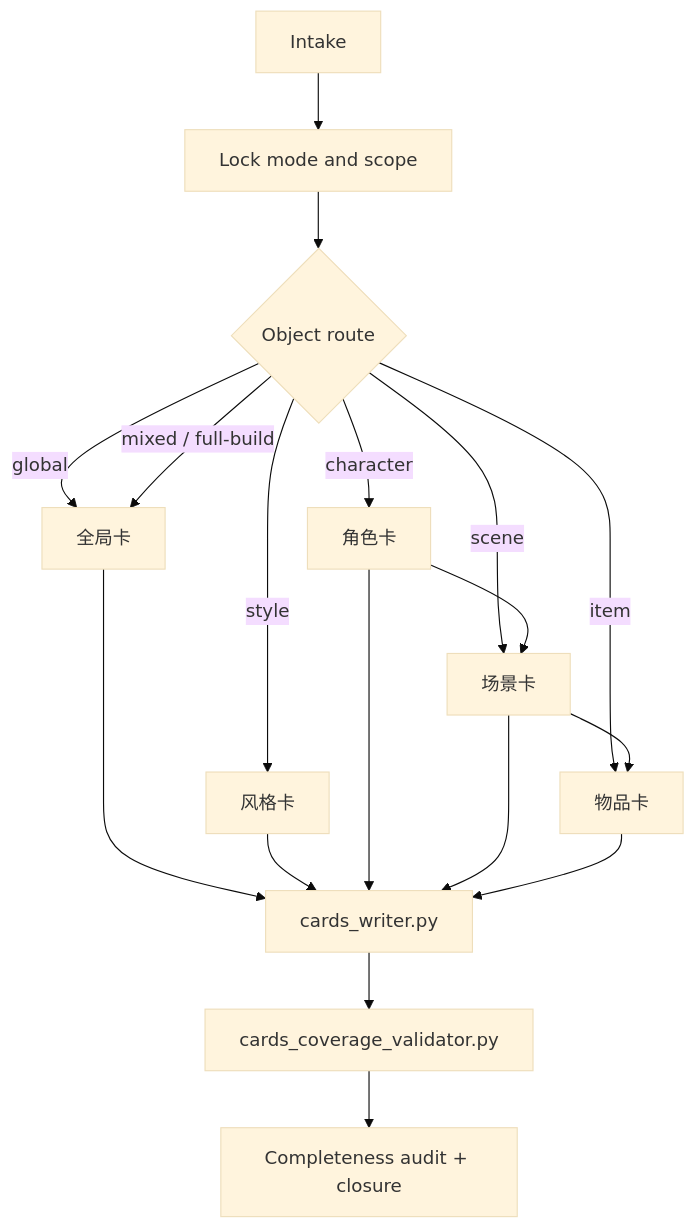
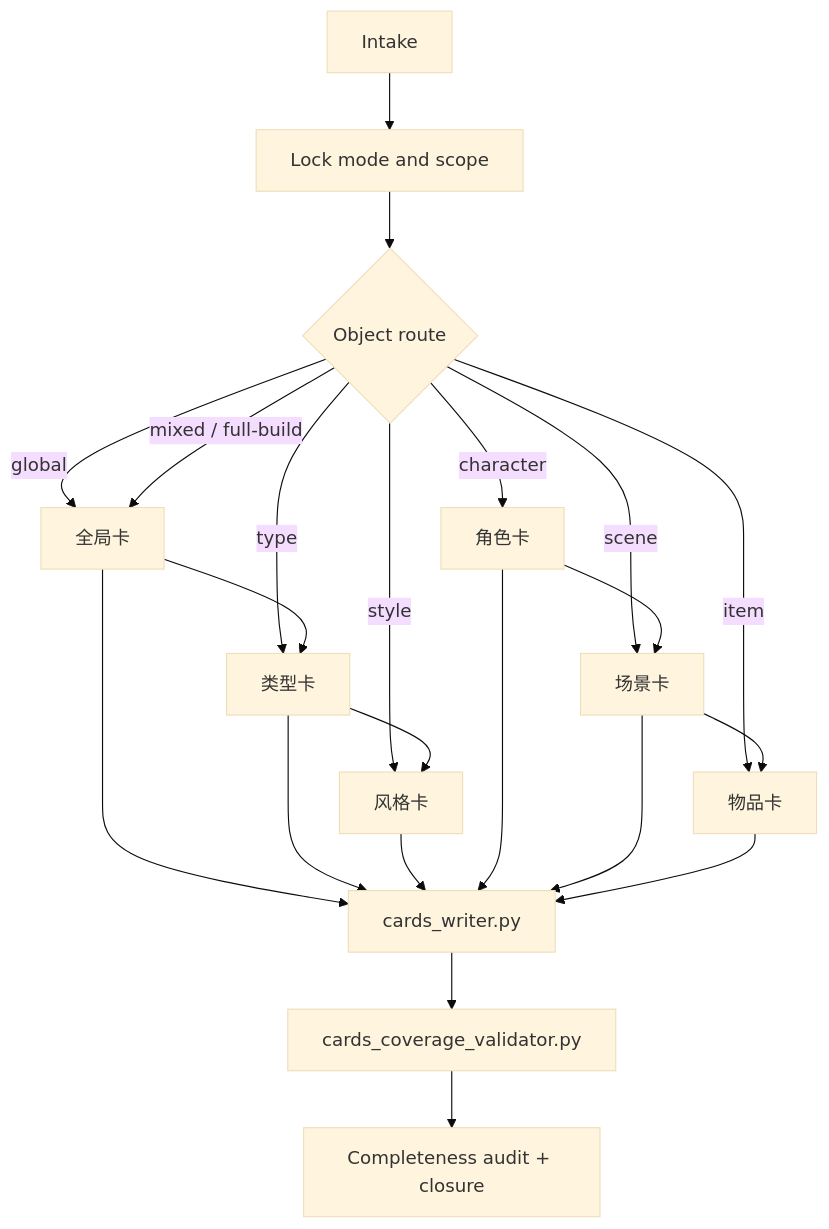
The first of 3 diagrams in .agents/skills/story/1-Cards/SKILL.md (ZEN-VOID/AI-CUT), drawn with Mermaid (base theme) before and after one commit. The commit also changed other lines of this file and 281 other files, not shown here.

````diff
--- a/.agents/skills/story/1-Cards/SKILL.md
+++ b/.agents/skills/story/1-Cards/SKILL.md
@@ -150,20 +155,24 @@
 ```mermaid
 flowchart TD
     A["Intake"] --> B["Lock mode and scope"]
     B --> C{"Object route"}
     C -->|"global"| Q["全局卡"]
+    C -->|"type"| T["类型卡"]
     C -->|"style"| S["风格卡"]
     C -->|"character"| D["角色卡"]
     C -->|"scene"| E["场景卡"]
     C -->|"item"| F["物品卡"]
     C -->|"mixed / full-build"| Q
-    Q --> G["cards_writer.py"]
+    Q --> T
+    Q --> G
+    T --> S
+    T --> G
     S --> G["cards_writer.py"]
     D --> E
     E --> F
     D --> G
     E --> G
     F --> G
     G --> H["cards_coverage_validator.py"]
     H --> I["Completeness audit + closure"]
 ```
````
